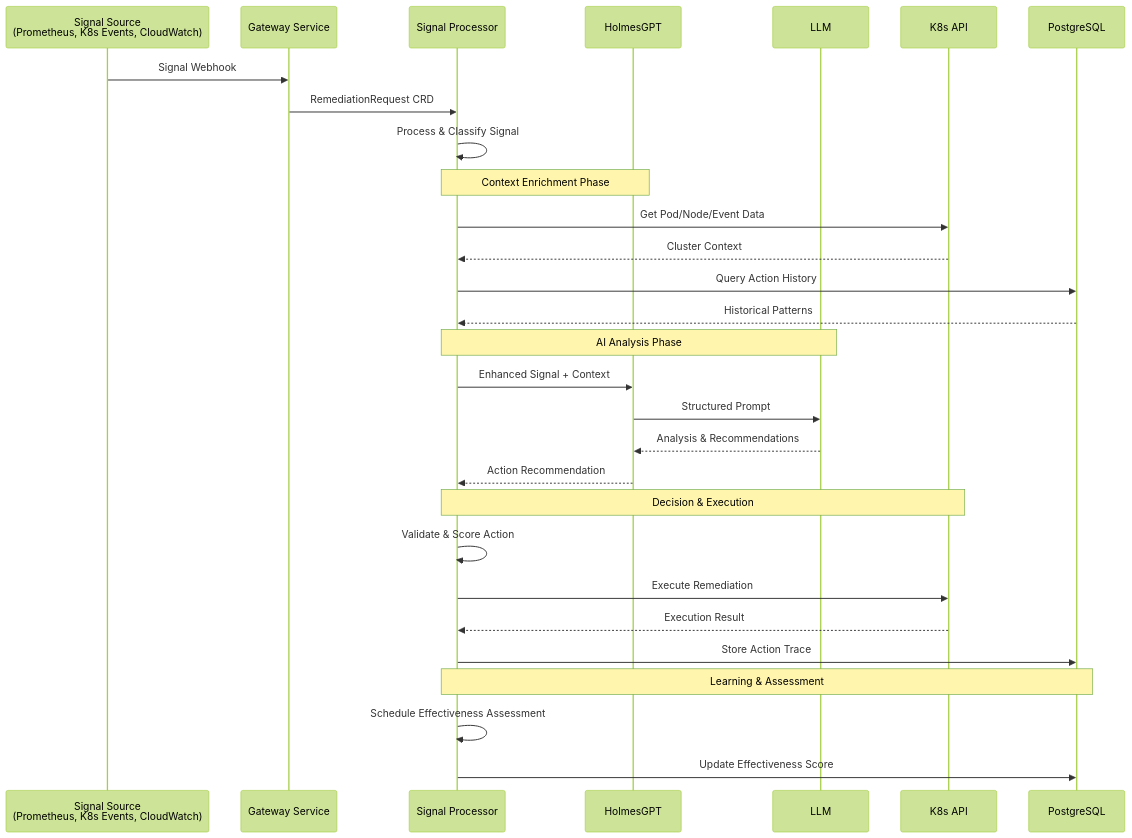
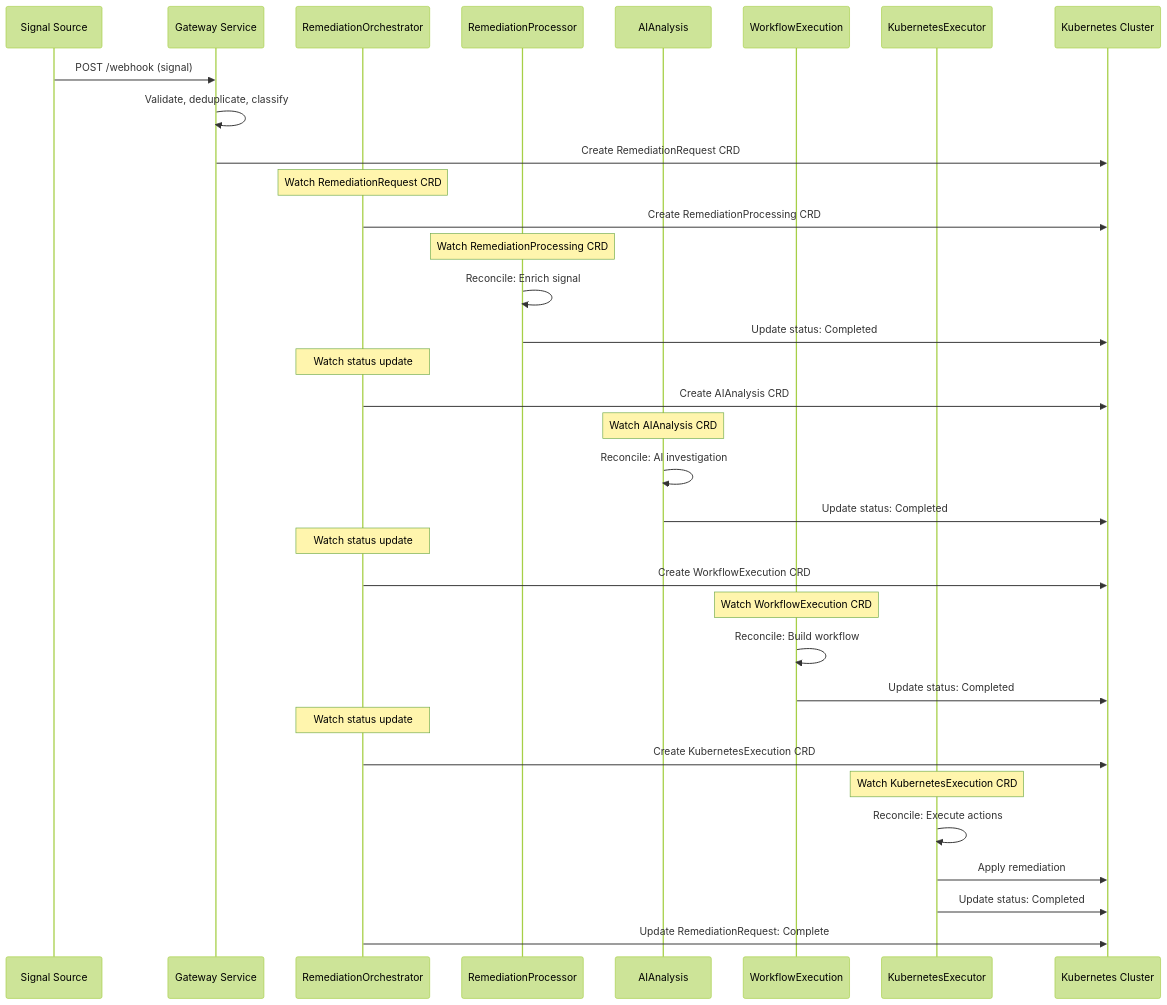
One commit to jordigilh/kubernaut changed the diagram in README.md. Above: the diagram before and after it, drawn with Mermaid (forest theme). The commit also changed other lines of this file and 176 other files, not shown here.

First line of the commit message:
feat(gateway): Complete Gateway service with 100% integration test pass rate

````diff
--- a/README.md
+++ b/README.md
@@ -243,36 +127,46 @@
 ```mermaid
 sequenceDiagram
-    participant SignalSource as Signal Source<br/>(Prometheus, K8s Events, CloudWatch)
-    participant Gateway as Gateway Service
-    participant SignalProcessor as Signal Processor
-    participant HolmesGPT
-    participant LLM
-    participant K8s API
-    participant PostgreSQL
+    participant SRC as Signal Source
+    participant GW as Gateway Service
+    participant ORCH as RemediationOrchestrator
+    participant RP as RemediationProcessor
+    participant AI as AIAnalysis
+    participant WF as WorkflowExecution
+    participant EX as KubernetesExecutor
+    participant K8S as Kubernetes Cluster
 
-    SignalSource->>Gateway: Signal Webhook
-    Gateway->>SignalProcessor: RemediationRequest CRD
-    SignalProcessor->>SignalProcessor: Process & Classify Signal
+    SRC->>GW: POST /webhook (signal)
+    GW->>GW: Validate, deduplicate, classify
+    GW->>K8S: Create RemediationRequest CRD
 
-    note over SignalProcessor,HolmesGPT: Context Enrichment Phase
-    SignalProcessor->>K8s API: Get Pod/Node/Event Data
-    K8s API-->>SignalProcessor: Cluster Context
-    SignalProcessor->>PostgreSQL: Query Action History
-    PostgreSQL-->>SignalProcessor: Historical Patterns
+    Note over ORCH: Watch RemediationRequest CRD
+    ORCH->>K8S: Create RemediationProcessing CRD
 
-    note over SignalProcessor,LLM: AI Analysis Phase
-    SignalProcessor->>HolmesGPT: Enhanced Signal + Context
-    HolmesGPT->>LLM: Structured Prompt
-    LLM-->>HolmesGPT: Analysis & Recommendations
-    HolmesGPT-->>SignalProcessor: Action Recommendation
+    Note over RP: Watch RemediationProcessing CRD
+    RP->>RP: Reconcile: Enrich signal
+    RP->>K8S: Update status: Completed
 
-    note over SignalProcessor,K8s API: Decision & Execution
-    SignalProcessor->>SignalProcessor: Validate & Score Action
-    SignalProcessor->>K8s API: Execute Remediation
-    K8s API-->>SignalProcessor: Execution Result
-    SignalProcessor->>PostgreSQL: Store Action Trace
+    Note over ORCH: Watch status update
+    ORCH->>K8S: Create AIAnalysis CRD
 
-    note over SignalProcessor,PostgreSQL: Learning & Assessment
-    SignalProcessor->>SignalProcessor: Schedule Effectiveness Assessment
-    SignalProcessor->>PostgreSQL: Update Effectiveness Score
+    Note over AI: Watch AIAnalysis CRD
+    AI->>AI: Reconcile: AI investigation
+    AI->>K8S: Update status: Completed
+
+    Note over ORCH: Watch status update
+    ORCH->>K8S: Create WorkflowExecution CRD
+
+    Note over WF: Watch WorkflowExecution CRD
+    WF->>WF: Reconcile: Build workflow
+    WF->>K8S: Update status: Completed
+
+    Note over ORCH: Watch status update
+    ORCH->>K8S: Create KubernetesExecution CRD
+
+    Note over EX: Watch KubernetesExecution CRD
+    EX->>EX: Reconcile: Execute actions
+    EX->>K8S: Apply remediation
+    EX->>K8S: Update status: Completed
+
+    ORCH->>K8S: Update RemediationRequest: Complete
 ```
````
